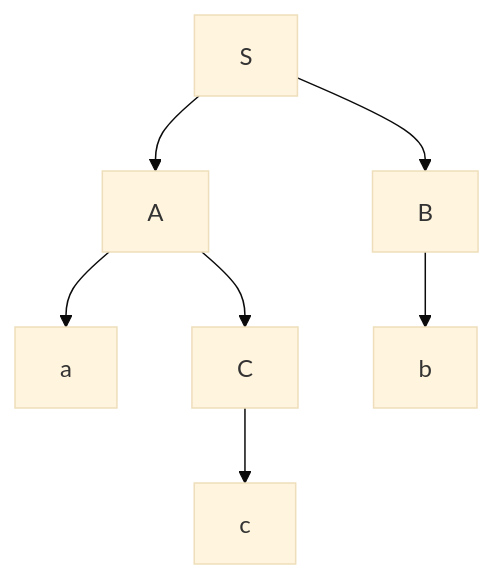
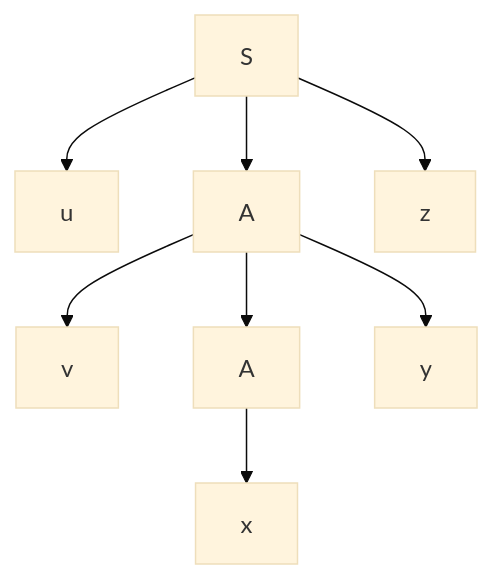
The diagram in public/documents/semester-4/1/4145.md (djaimej/computer-science-template), drawn with Mermaid (base theme) before and after one commit. The commit also changed other lines of this file and 8 other files, not shown here.

````diff
--- a/public/documents/semester-4/1/4145.md
+++ b/public/documents/semester-4/1/4145.md
@@ -144,9 +25,10 @@
 ```mermaid
-flowchart TD
-    S[S] --> A[A]
-    S --> B[B]
-    A --> a[a]
-    A --> C[C]
-    C --> c[c]
-    B --> b[b]
+graph TD
+    S[S] --> U[u]
+    S --> A1[A]
+    S --> Z[z]
+    A1 --> V[v]
+    A1 --> A2[A]
+    A1 --> Y[y]
+    A2 --> X[x]
 ```
````
